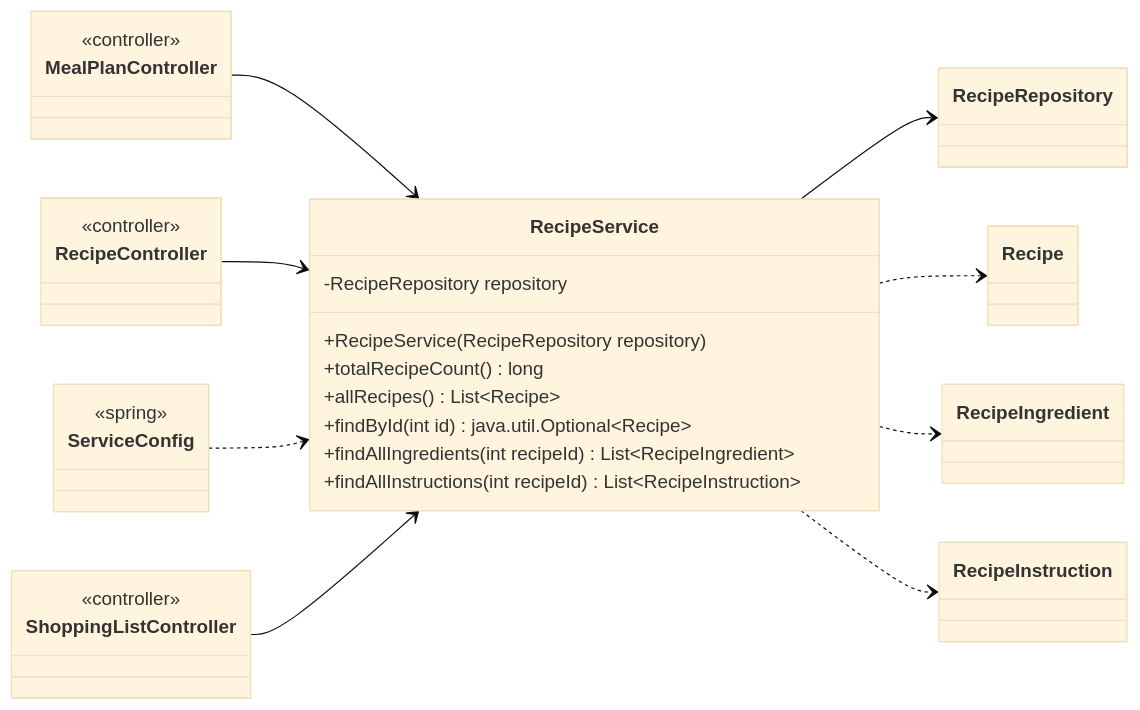
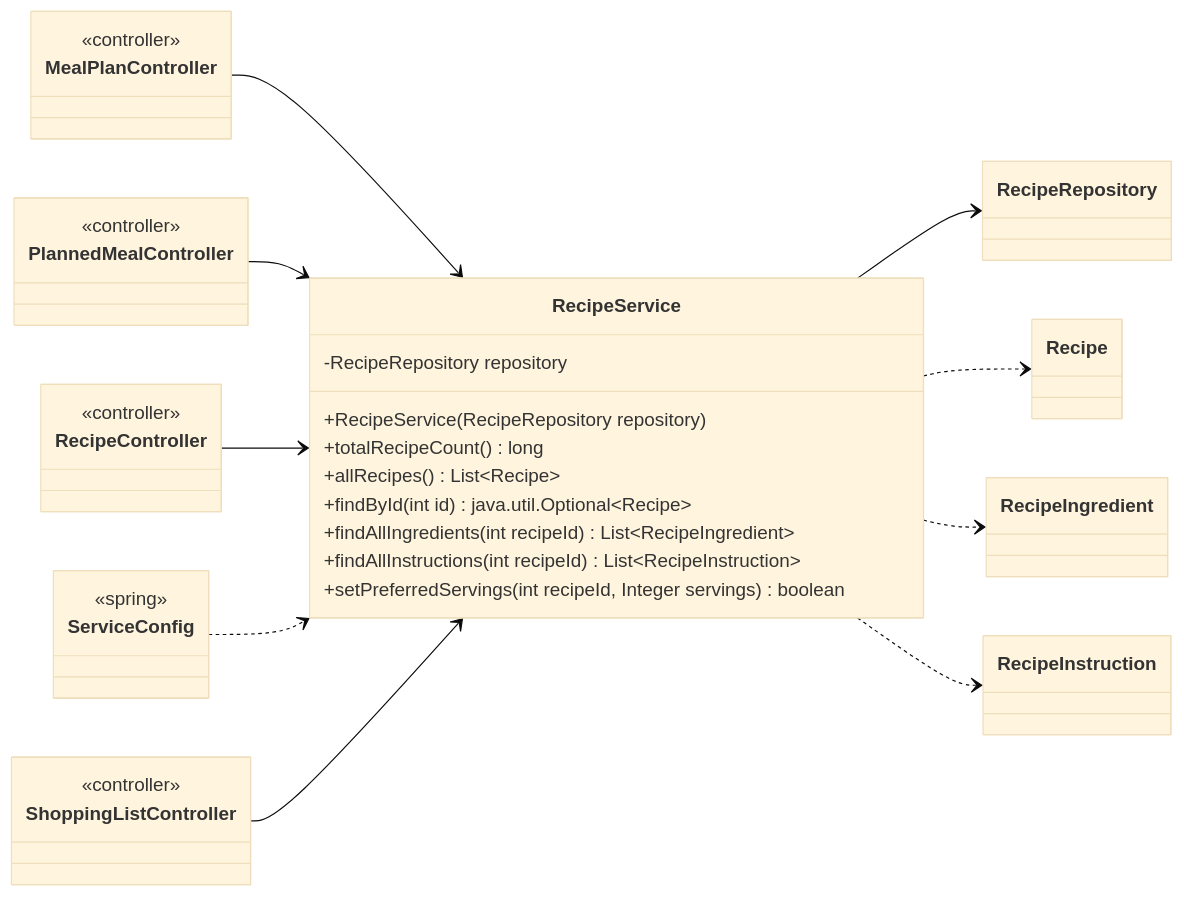
One commit to Nate-ryan-7690/dahaem changed diagram 20 of 25 in docs/classes/mealplanner.md. Above: the diagram before and after it, drawn with Mermaid (base theme). The commit also changed other lines of this file and 5 other files, not shown here.

````diff
--- a/docs/classes/mealplanner.md
+++ b/docs/classes/mealplanner.md
@@ -832,37 +1205,42 @@
 ```mermaid
 classDiagram
     direction LR
     class mealplanner_RecipeService["RecipeService"] {
         -RecipeRepository repository
         +RecipeService(RecipeRepository repository)
         +totalRecipeCount() long
         +allRecipes() List~Recipe~
         +findById(int id) java.util.Optional~Recipe~
         +findAllIngredients(int recipeId) List~RecipeIngredient~
         +findAllInstructions(int recipeId) List~RecipeInstruction~
+        +setPreferredServings(int recipeId, Integer servings) boolean
     }
     class mealplanner_RecipeRepository["RecipeRepository"]
     class api_MealPlanController["MealPlanController"] {
+        <<controller>>
+    }
+    class api_PlannedMealController["PlannedMealController"] {
         <<controller>>
     }
     class api_RecipeController["RecipeController"] {
         <<controller>>
     }
     class api_ShoppingListController["ShoppingListController"] {
         <<controller>>
     }
     class mealplanner_Recipe["Recipe"]
     class mealplanner_RecipeIngredient["RecipeIngredient"]
     class mealplanner_RecipeInstruction["RecipeInstruction"]
     class api_ServiceConfig["ServiceConfig"] {
         <<spring>>
     }
     mealplanner_RecipeService --> mealplanner_RecipeRepository
     mealplanner_RecipeService ..> mealplanner_Recipe
     mealplanner_RecipeService ..> mealplanner_RecipeIngredient
     mealplanner_RecipeService ..> mealplanner_RecipeInstruction
     api_MealPlanController --> mealplanner_RecipeService
+    api_PlannedMealController --> mealplanner_RecipeService
     api_RecipeController --> mealplanner_RecipeService
     api_ServiceConfig ..> mealplanner_RecipeService
     api_ShoppingListController --> mealplanner_RecipeService
 ```
````
